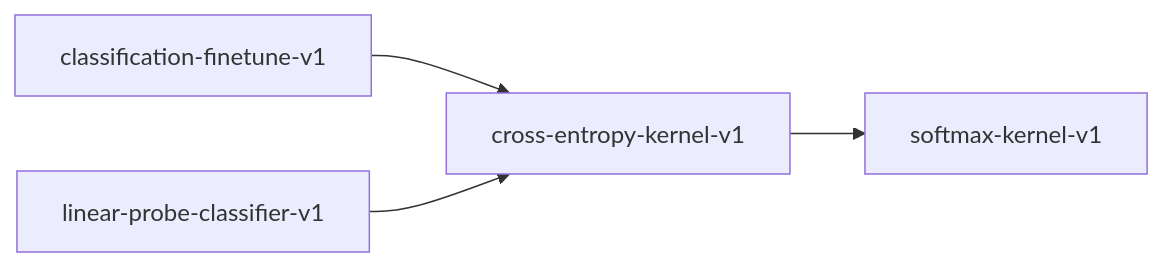
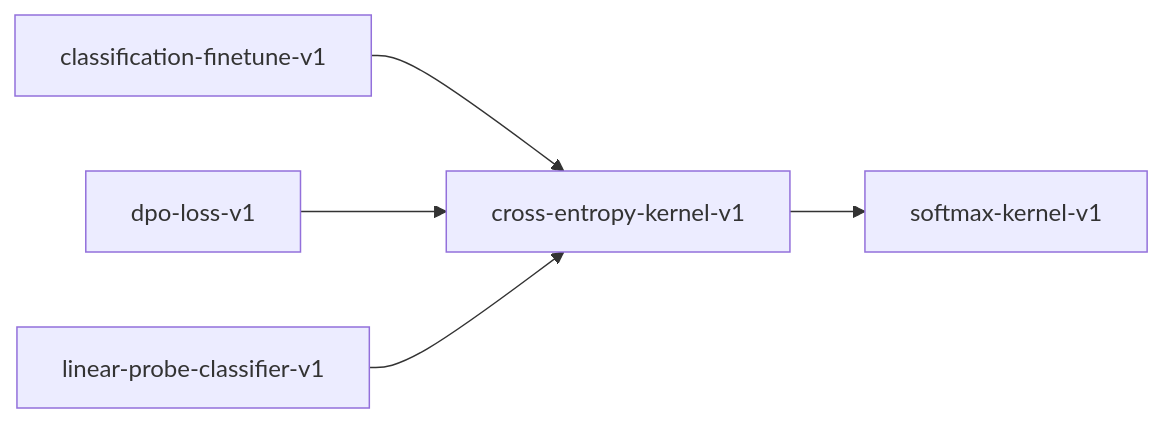
One commit to paiml/provable-contracts changed the diagram in book/src/contracts/cross-entropy-kernel-v1.md. Above: the diagram before and after it, drawn with Mermaid. The commit also changed other lines of this file and 136 other files, not shown here.

````diff
--- a/book/src/contracts/cross-entropy-kernel-v1.md
+++ b/book/src/contracts/cross-entropy-kernel-v1.md
@@ -18,6 +18,7 @@
 ```mermaid
 graph LR
     cross_entropy_kernel_v1["cross-entropy-kernel-v1"] --> softmax_kernel_v1["softmax-kernel-v1"]
     classification_finetune_v1["classification-finetune-v1"] --> cross_entropy_kernel_v1["cross-entropy-kernel-v1"]
+    dpo_loss_v1["dpo-loss-v1"] --> cross_entropy_kernel_v1["cross-entropy-kernel-v1"]
     linear_probe_classifier_v1["linear-probe-classifier-v1"] --> cross_entropy_kernel_v1["cross-entropy-kernel-v1"]
 ```
````
